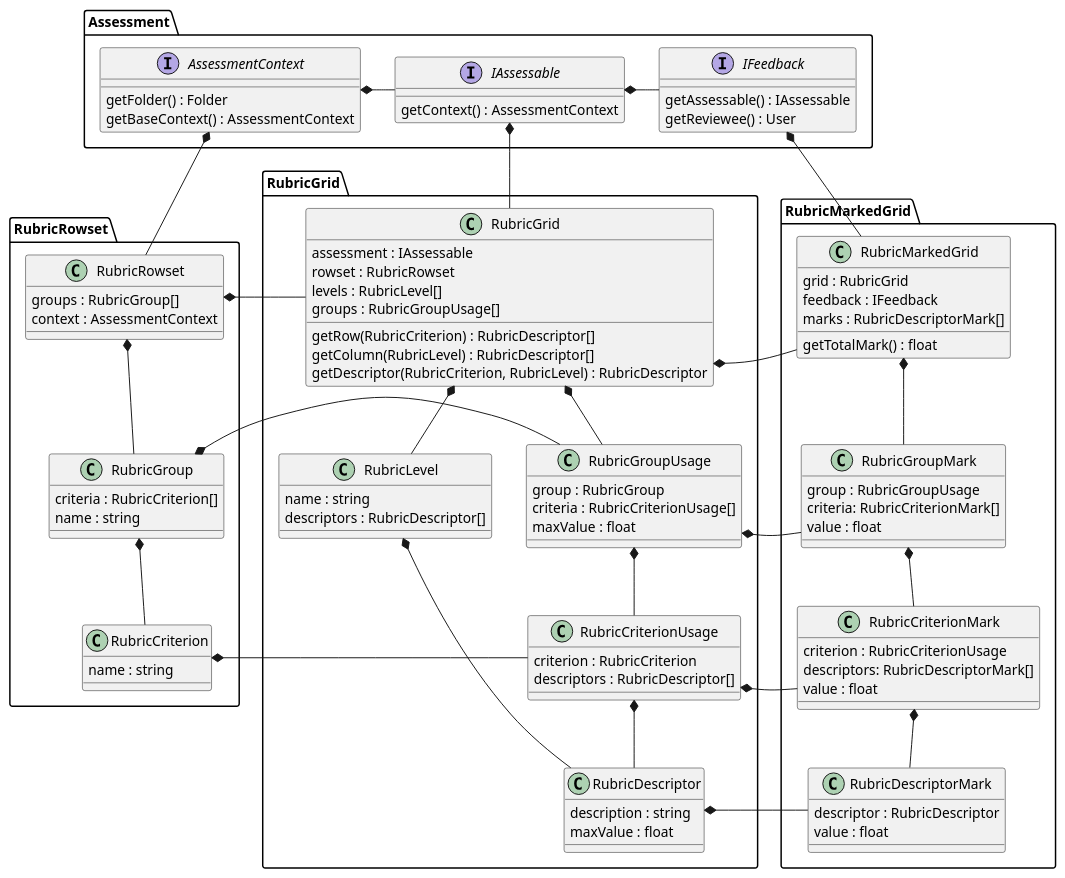
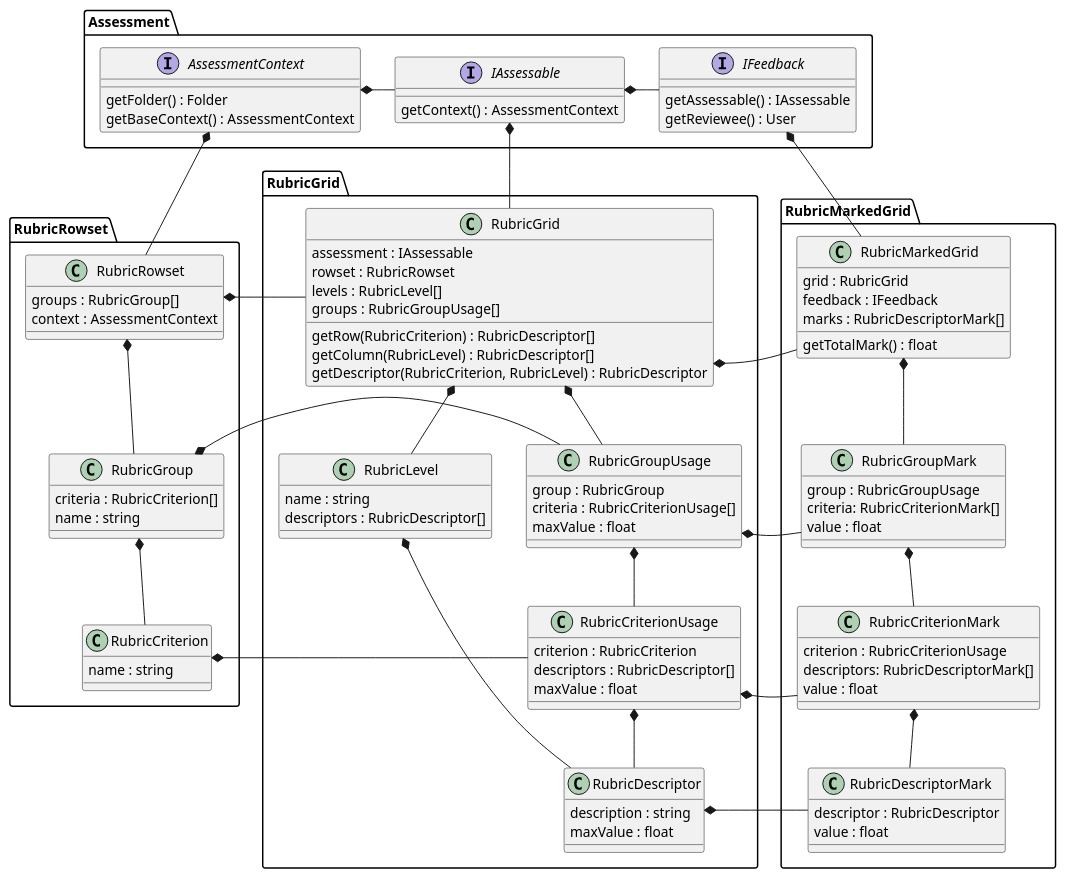
Before and after one commit to juliaattrevisan/schoolbox-api-docs: the diagram in library/Schoolbox/Assessment/Rubric/Rubric.plantuml, drawn with PlantUML.

Commit message:
Add maxValue to RubricCriterionUsage [SA-7281]

```diff
--- a/library/Schoolbox/Assessment/Rubric/Rubric.plantuml
+++ b/library/Schoolbox/Assessment/Rubric/Rubric.plantuml
@@ -1,142 +1,143 @@
 @startuml
 
 namespace Assessment {
 
     interface AssessmentContext {
         getFolder() : Folder
         getBaseContext() : AssessmentContext
     }
 
     interface IAssessable {
         getContext() : AssessmentContext
     }
 
     interface IFeedback {
         getAssessable() : IAssessable
         getReviewee() : User
     }
 
     ' internal relations
     AssessmentContext *-r- IAssessable
     IAssessable *-r- IFeedback
 }
 
 
 namespace RubricRowset {
 
     class RubricRowset {
         groups : RubricGroup[]
         context : AssessmentContext
     }
 
     class RubricGroup {
         criteria : RubricCriterion[]
         name : string
     }
 
     class RubricCriterion {
         name : string
     }
 
     ' internal relations
     RubricRowset *-d- RubricGroup
     RubricGroup *-d- RubricCriterion
 
     ' relation to Assessment
     Assessment.AssessmentContext *-d- RubricRowset
 }
 
 
 namespace RubricGrid {
 
     class RubricGrid {
         assessment : IAssessable
         rowset : RubricRowset
         levels : RubricLevel[]
         groups : RubricGroupUsage[]
         getRow(RubricCriterion) : RubricDescriptor[]
         getColumn(RubricLevel) : RubricDescriptor[]
         getDescriptor(RubricCriterion, RubricLevel) : RubricDescriptor
     }
 
     class RubricGroupUsage {
         group : RubricGroup
         criteria : RubricCriterionUsage[]
         maxValue : float
     }
 
     class RubricCriterionUsage {
         criterion : RubricCriterion
         descriptors : RubricDescriptor[]
+        maxValue : float
     }
 
     class RubricLevel {
         name : string
         descriptors : RubricDescriptor[]
     }
 
     class RubricDescriptor {
         description : string
         maxValue : float
     }
 
     ' internal relations
     RubricGrid *-d- RubricGroupUsage
     RubricGroupUsage *-d- RubricCriterionUsage
     RubricCriterionUsage *-d- RubricDescriptor
     RubricGrid *-d- RubricLevel
     RubricLevel *-r- RubricDescriptor
     RubricLevel *-[hidden]r- RubricGroupUsage
 
     ' relation to Assessment
     Assessment.IAssessable *-d- RubricGrid
 
     ' relation to RubricRowset
     RubricGrid -l-* RubricRowset.RubricRowset
     RubricGroupUsage -l-* RubricRowset.RubricGroup
     RubricCriterionUsage -l-* RubricRowset.RubricCriterion
 }
 
 
 namespace RubricMarkedGrid {
 
     class RubricMarkedGrid {
         grid : RubricGrid
         feedback : IFeedback
         marks : RubricDescriptorMark[]
         getTotalMark() : float
     }
 
     class RubricGroupMark {
         group : RubricGroupUsage
         criteria: RubricCriterionMark[]
         value : float
     }
 
     class RubricCriterionMark {
         criterion : RubricCriterionUsage
         descriptors: RubricDescriptorMark[]
         value : float
     }
 
     class RubricDescriptorMark {
         descriptor : RubricDescriptor
         value : float
     }
 
     ' internal relations
     RubricMarkedGrid *-d- RubricGroupMark
     RubricGroupMark *-d- RubricCriterionMark
     RubricCriterionMark *-d- RubricDescriptorMark
 
     ' relation to Assessment
     Assessment.IFeedback *-d- RubricMarkedGrid
 
     ' relation to RubricGrid
     RubricMarkedGrid -l-* RubricGrid.RubricGrid
     RubricGroupMark -l-* RubricGrid.RubricGroupUsage
     RubricCriterionMark -l-* RubricGrid.RubricCriterionUsage
     RubricDescriptorMark -l-* RubricGrid.RubricDescriptor
 }
 
 @enduml
```
